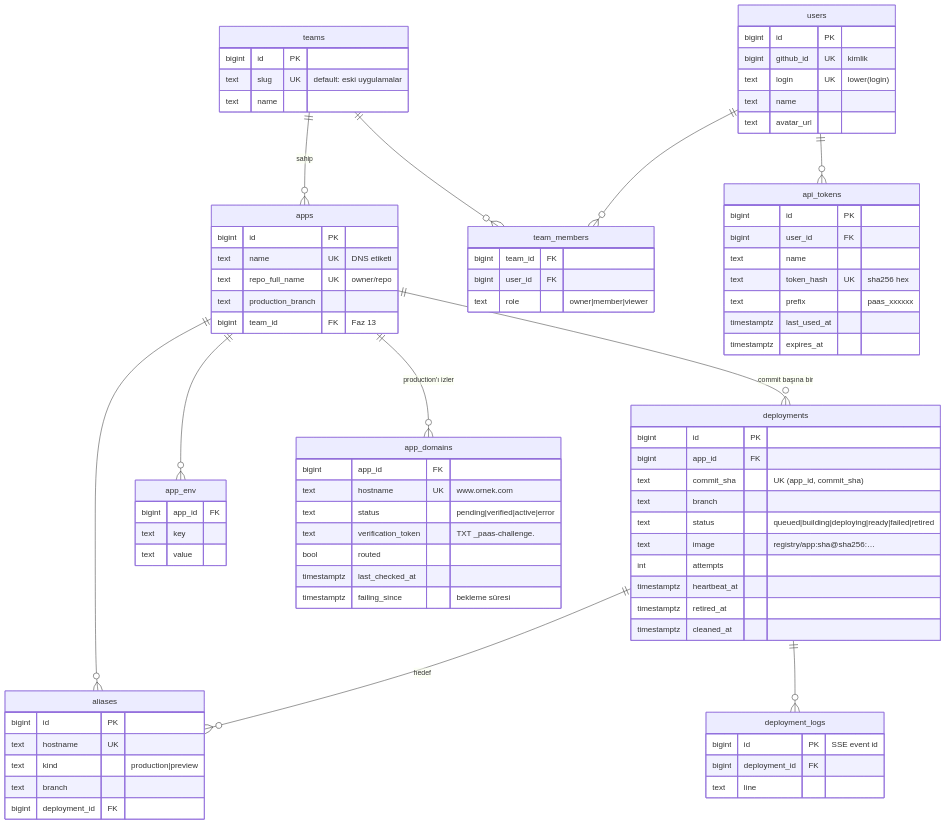
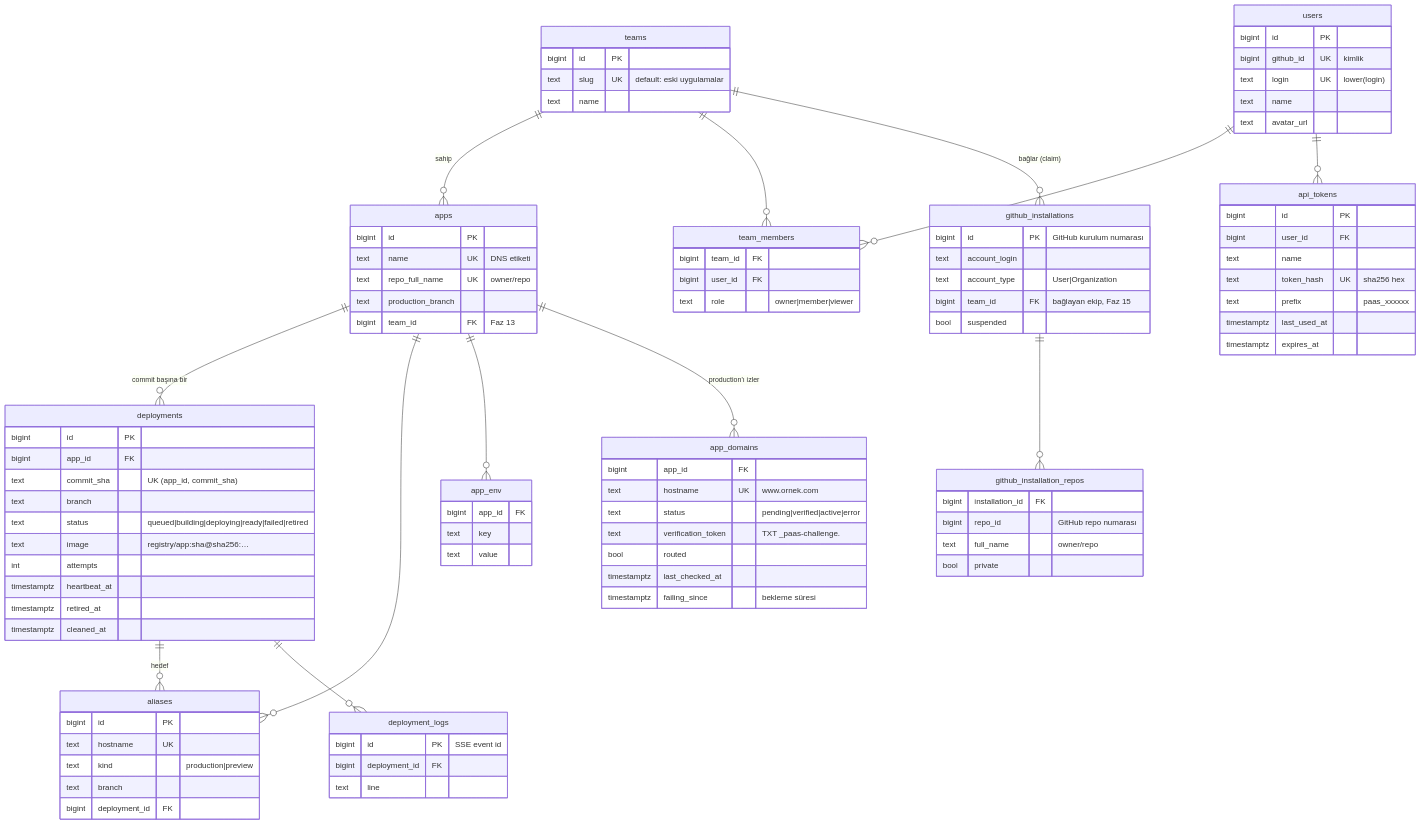
The ninth of 9 diagrams in docs/ARCHITECTURE.md (Nisagwn/paas), drawn with Mermaid before and after one commit. The commit also changed other lines of this file and 15 other files, not shown here.

Commit message:
Faz 15: GitHub App import flow — install, claim, import page

```diff
--- a/docs/ARCHITECTURE.md
+++ b/docs/ARCHITECTURE.md
@@ -209,6 +249,8 @@
     teams ||--o{ team_members : ""
     users ||--o{ team_members : ""
     users ||--o{ api_tokens : ""
+    teams ||--o{ github_installations : "bağlar (claim)"
+    github_installations ||--o{ github_installation_repos : ""
 
     apps {
         bigint id PK
@@ -242,6 +284,19 @@
         text prefix "paas_xxxxxx"
         timestamptz last_used_at
         timestamptz expires_at
+    }
+    github_installations {
+        bigint id PK "GitHub kurulum numarası"
+        text account_login
+        text account_type "User|Organization"
+        bigint team_id FK "bağlayan ekip, Faz 15"
+        bool suspended
+    }
+    github_installation_repos {
+        bigint installation_id FK
+        bigint repo_id "GitHub repo numarası"
+        text full_name "owner/repo"
+        bool private
     }
     deployments {
         bigint id PK
```
